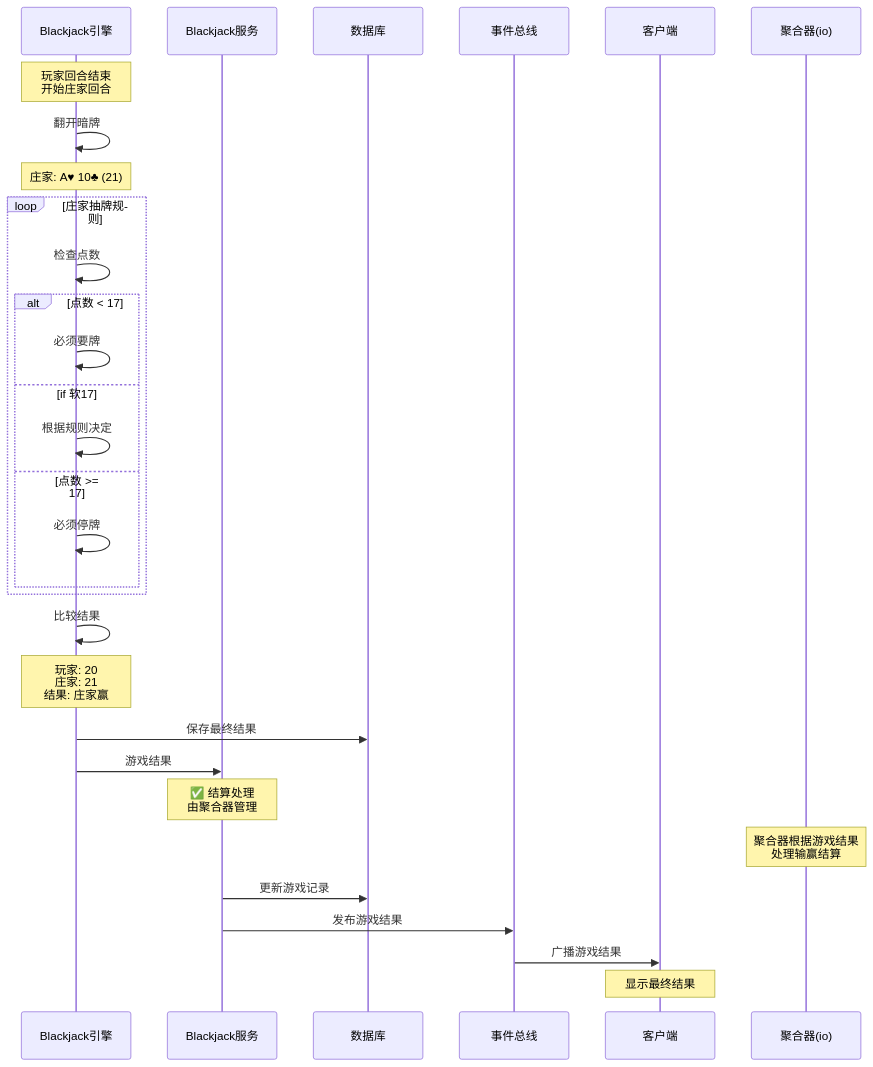
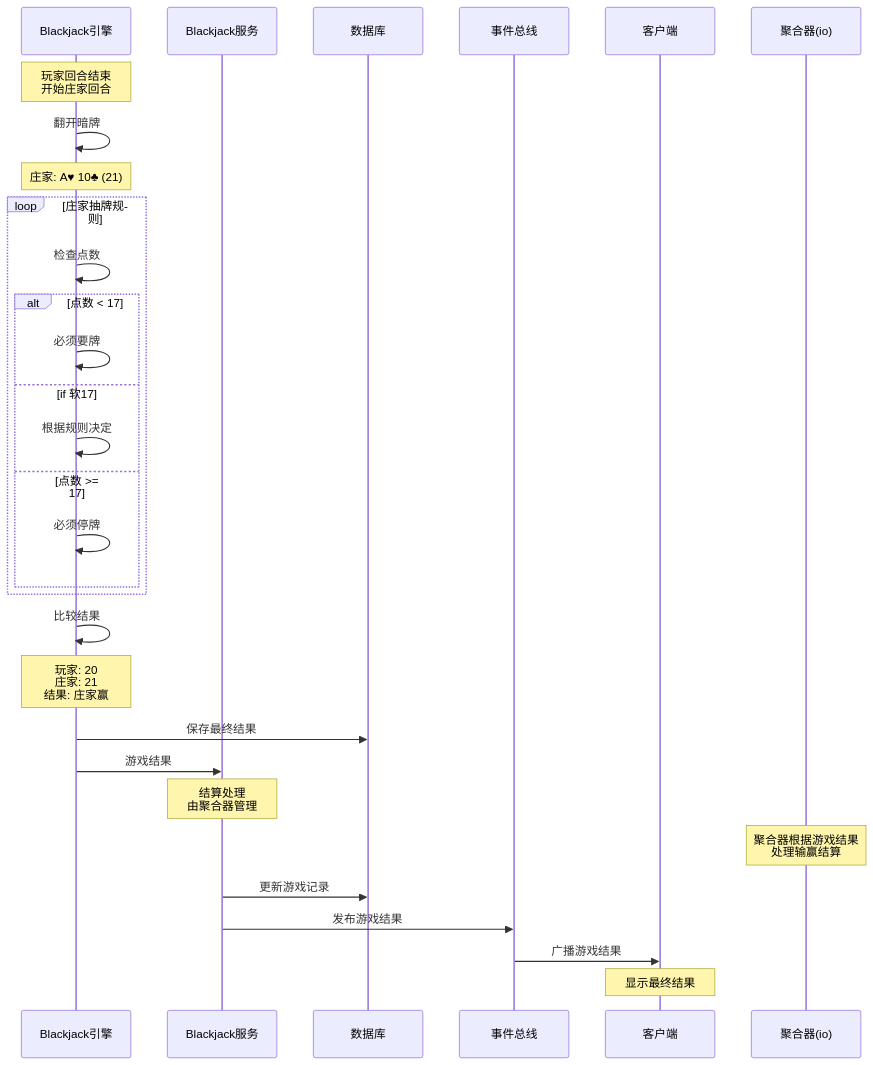
The eighth of 32 diagrams in sequence-diagrams-zh.md (infigaming-com/invoker-gh-pages), drawn with Mermaid before and after one commit. The commit also changed other lines of this file and 3 other files, not shown here.

````diff
--- a/sequence-diagrams-zh.md
+++ b/sequence-diagrams-zh.md
@@ -379,41 +379,41 @@
 ```mermaid
 sequenceDiagram
     participant BJEngine as Blackjack引擎
     participant BJService as Blackjack服务
     participant Database as 数据库
     participant EventBus as 事件总线
     participant Client as 客户端
     participant Aggregator as 聚合器(io)
 
     Note over BJEngine: 玩家回合结束<br/>开始庄家回合
     
     BJEngine->>BJEngine: 翻开暗牌
     Note over BJEngine: 庄家: A♥ 10♣ (21)
     
     loop 庄家抽牌规则
         BJEngine->>BJEngine: 检查点数
         
         alt 点数 < 17
             BJEngine->>BJEngine: 必须要牌
         else if 软17
             BJEngine->>BJEngine: 根据规则决定
         else 点数 >= 17
             BJEngine->>BJEngine: 必须停牌
         end
     end
     
     BJEngine->>BJEngine: 比较结果
     Note over BJEngine: 玩家: 20<br/>庄家: 21<br/>结果: 庄家赢
     
     BJEngine->>Database: 保存最终结果
     BJEngine->>BJService: 游戏结果
     
-    Note over BJService: ✅ 结算处理<br/>由聚合器管理
+    Note over BJService: 结算处理<br/>由聚合器管理
     Note over Aggregator: 聚合器根据游戏结果<br/>处理输赢结算
     
     BJService->>Database: 更新游戏记录
     BJService->>EventBus: 发布游戏结果
     
     EventBus->>Client: 广播游戏结果
     Note over Client: 显示最终结果
 ```
````
